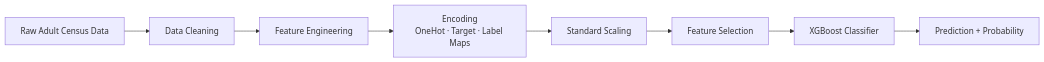
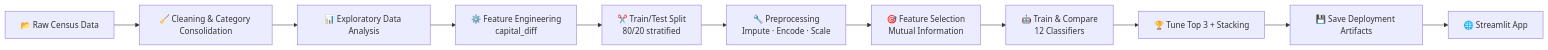
Before and after one commit to saifalaswad43/Adult-ML: the diagram in README.md, drawn with Mermaid. The commit also changed other lines of this file, not shown here.

````diff
--- a/README.md
+++ b/README.md
@@ -92,10 +94,13 @@
 ```mermaid
 flowchart LR
-    A[Raw Adult Census Data] --> B[Data Cleaning]
-    B --> C[Feature Engineering]
-    C --> D[Encoding<br/>OneHot · Target · Label Maps]
-    D --> E[Standard Scaling]
-    E --> F[Feature Selection]
-    F --> G[XGBoost Classifier]
-    G --> H[Prediction + Probability]
+    A[📂 Raw Census Data] --> B[🧹 Cleaning & Category Consolidation]
+    B --> C[📊 Exploratory Data Analysis]
+    C --> D[⚙️ Feature Engineering<br/>capital_diff]
+    D --> E[✂️ Train/Test Split<br/>80/20 stratified]
+    E --> F[🔧 Preprocessing<br/>Impute · Encode · Scale]
+    F --> G[🎯 Feature Selection<br/>Mutual Information]
+    G --> H[🤖 Train & Compare<br/>12 Classifiers]
+    H --> I[🏆 Tune Top 3 + Stacking]
+    I --> J[💾 Save Deployment Artifacts]
+    J --> K[🌐 Streamlit App]
 ```
````
